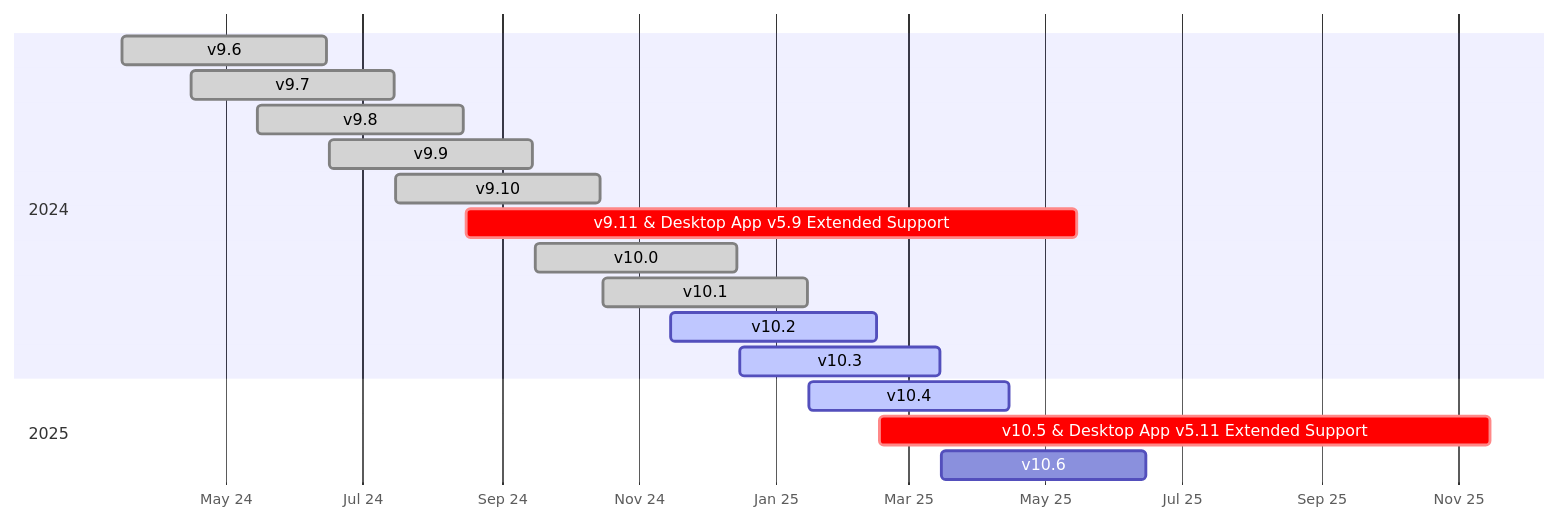
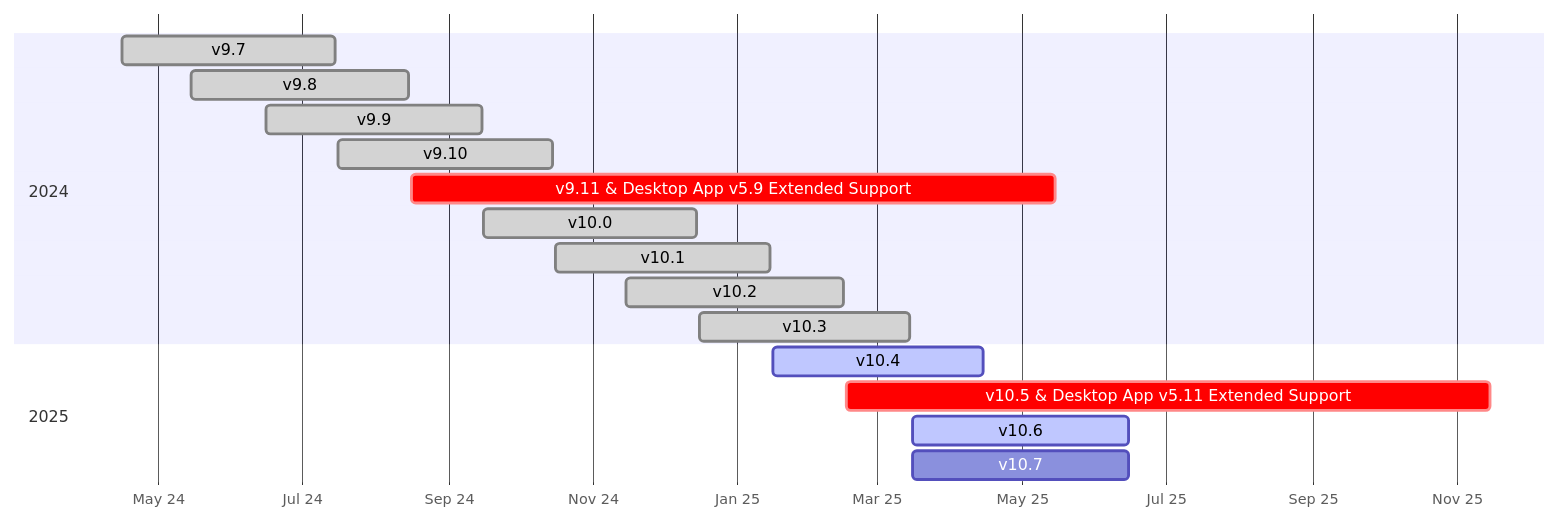
One commit to mattermost/docs changed the diagram in source/about/release-policy.md. Above: the diagram before and after it, drawn with Mermaid.

````diff
--- a/source/about/release-policy.md
+++ b/source/about/release-policy.md
@@ -48,24 +48,24 @@
 ```{mermaid}
 
 gantt
     dateFormat  YYYY-MM-DD
     axisFormat  %b %y
     tickInterval 2month
     
     section 2024
-    v9.6                   :done,  2024-03-16, 2024-06-15
     v9.7                   :done,  2024-04-16, 2024-07-15
     v9.8                   :done,  2024-05-15, 2024-08-15
     v9.9                   :done,  2024-06-16, 2024-09-15
     v9.10                  :done,  2024-07-16, 2024-10-15
     v9.11 & Desktop App v5.9 Extended Support :crit,    2024-08-16, 2025-05-15
     v10.0                  :done,    2024-09-16, 2024-12-15
     v10.1                  :done,    2024-10-16, 2025-01-15
-    v10.2                  :active,  2024-11-15, 2025-02-15
-    v10.3                  :active,  2024-12-16, 2025-03-15
+    v10.2                  :done,  2024-11-15, 2025-02-15
+    v10.3                  :done,  2024-12-16, 2025-03-15
 
     section 2025
     v10.4                  :active,  2025-01-16, 2025-04-15
     v10.5 & Desktop App v5.11 Extended Support :crit,    2025-02-16, 2025-11-15
-    v10.6                  :upcoming, 2025-03-16, 2025-06-15
+    v10.6                  :active, 2025-03-16, 2025-06-15
+    v10.7                  :upcoming, 2025-03-16, 2025-06-15
 ```
````
